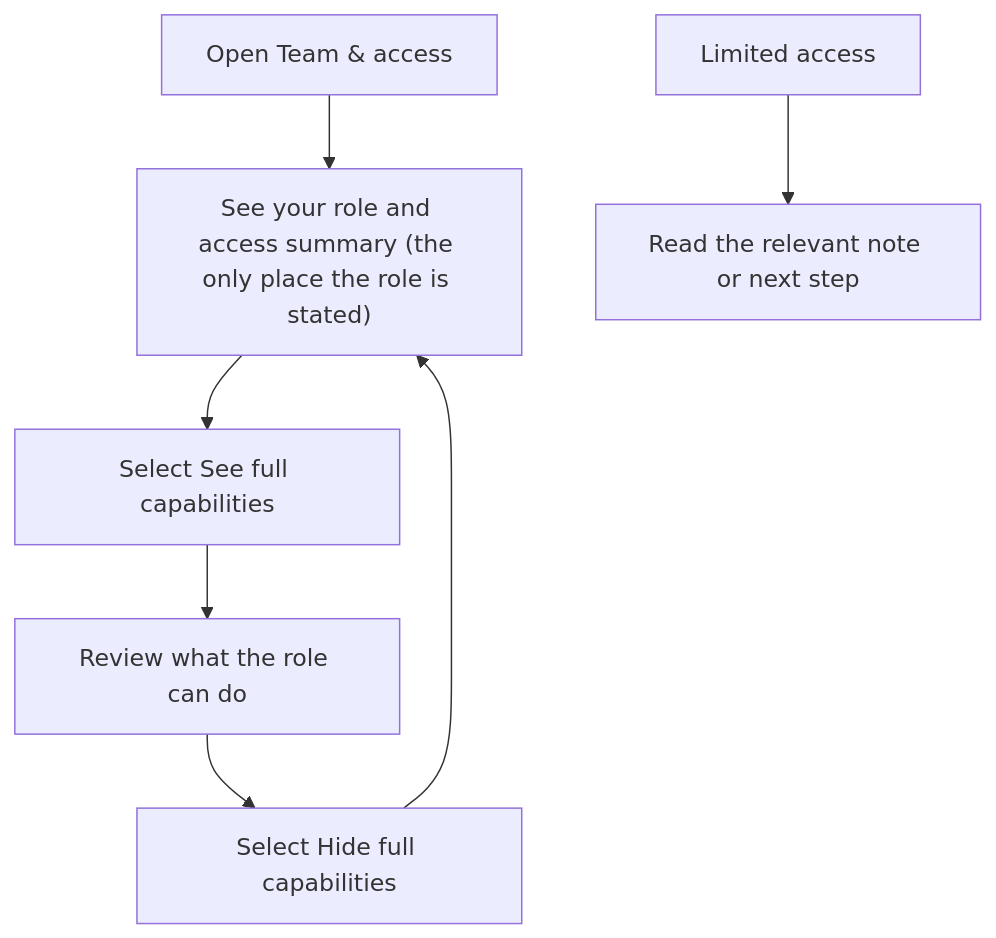
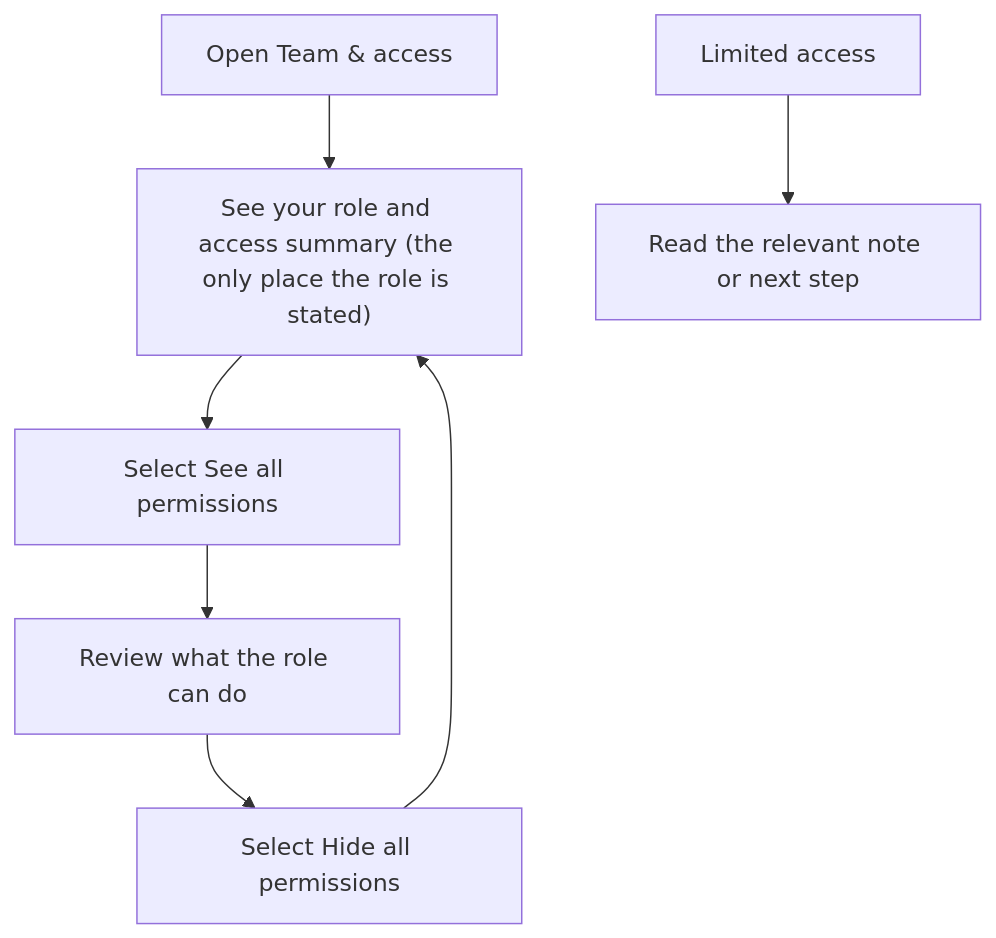
The first of 2 diagrams in user-stories/team/US-TEAM-01-check-access.md (Kevinjohn/capacitylens), drawn with Mermaid before and after one commit. The commit also changed other lines of this file and 16 other files, not shown here.

````diff
--- a/user-stories/team/US-TEAM-01-check-access.md
+++ b/user-stories/team/US-TEAM-01-check-access.md
@@ -19,9 +19,9 @@
 ```mermaid
 flowchart TD
     Open["Open Team & access"] --> Role["See your role and access summary (the only place the role is stated)"]
-    Role --> Expand["Select See full capabilities"]
+    Role --> Expand["Select See all permissions"]
     Expand --> Review["Review what the role can do"]
-    Review --> Hide["Select Hide full capabilities"]
+    Review --> Hide["Select Hide all permissions"]
     Hide --> Role
     Other["Limited access"] --> Note["Read the relevant note or next step"]
 ```
````
